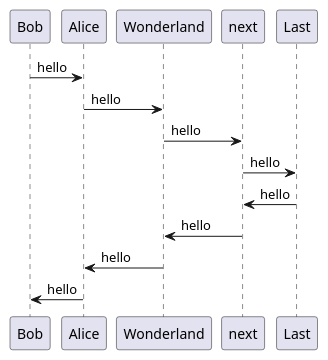
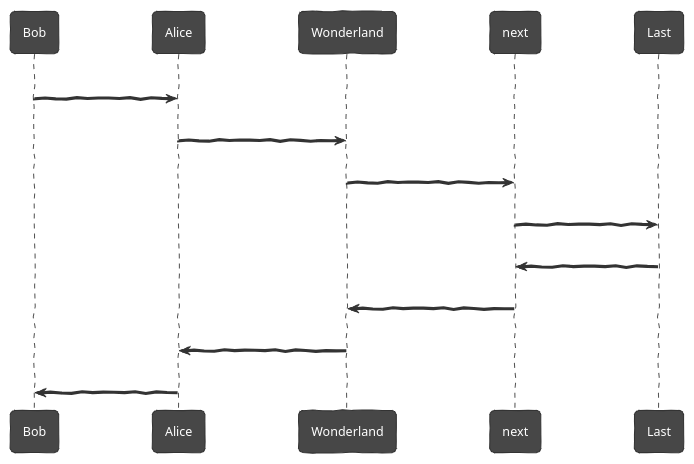
One commit to sl4shuur/obs-notes-digitalgarden changed the diagram in src/site/notes/hello.md. Above: the diagram before and after it, drawn with PlantUML. The commit also changed other lines of this file, not shown here.

Commit message:
Update content src/site/notes/hello.md

````diff
--- a/src/site/notes/hello.md
+++ b/src/site/notes/hello.md
@@ -12,10 +12,12 @@
 ```plantuml
+!theme sketchy
+
 Bob -> Alice : hello
 Alice -> Wonderland: hello
 Wonderland -> next: hello
 next -> Last: hello
 Last -> next: hello
 next -> Wonderland : hello
 Wonderland -> Alice : hello
 Alice -> Bob: hello
 ```
````
